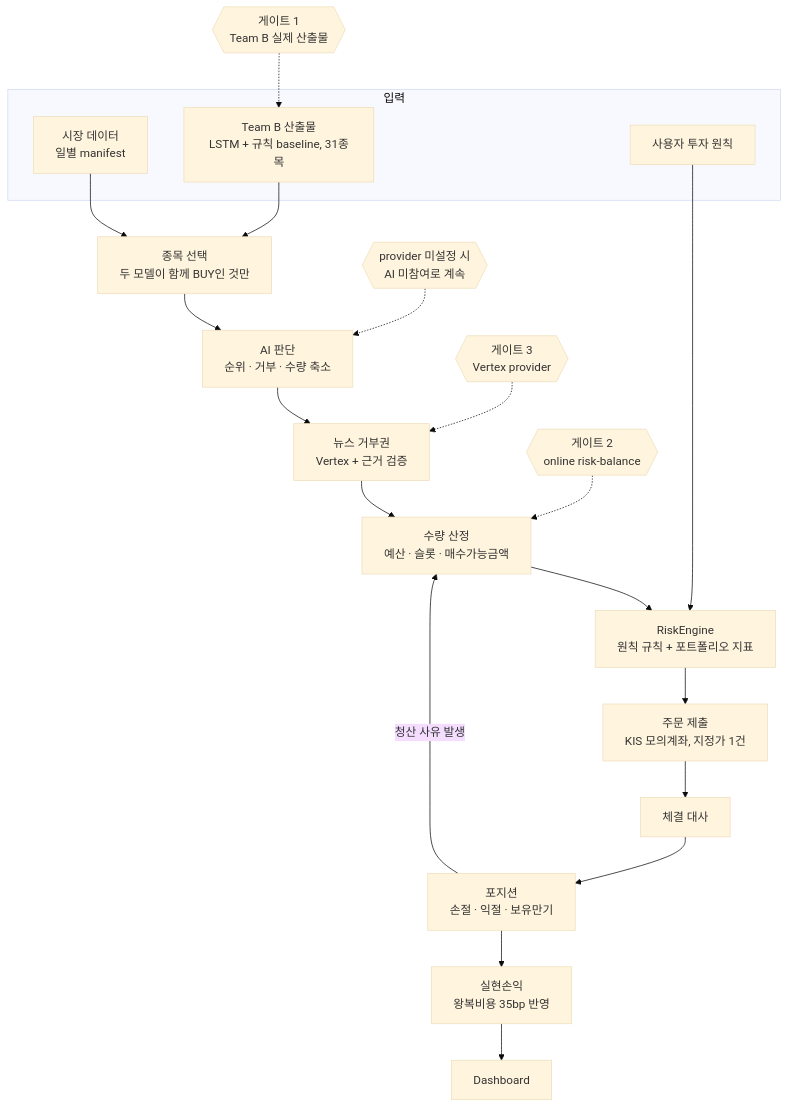
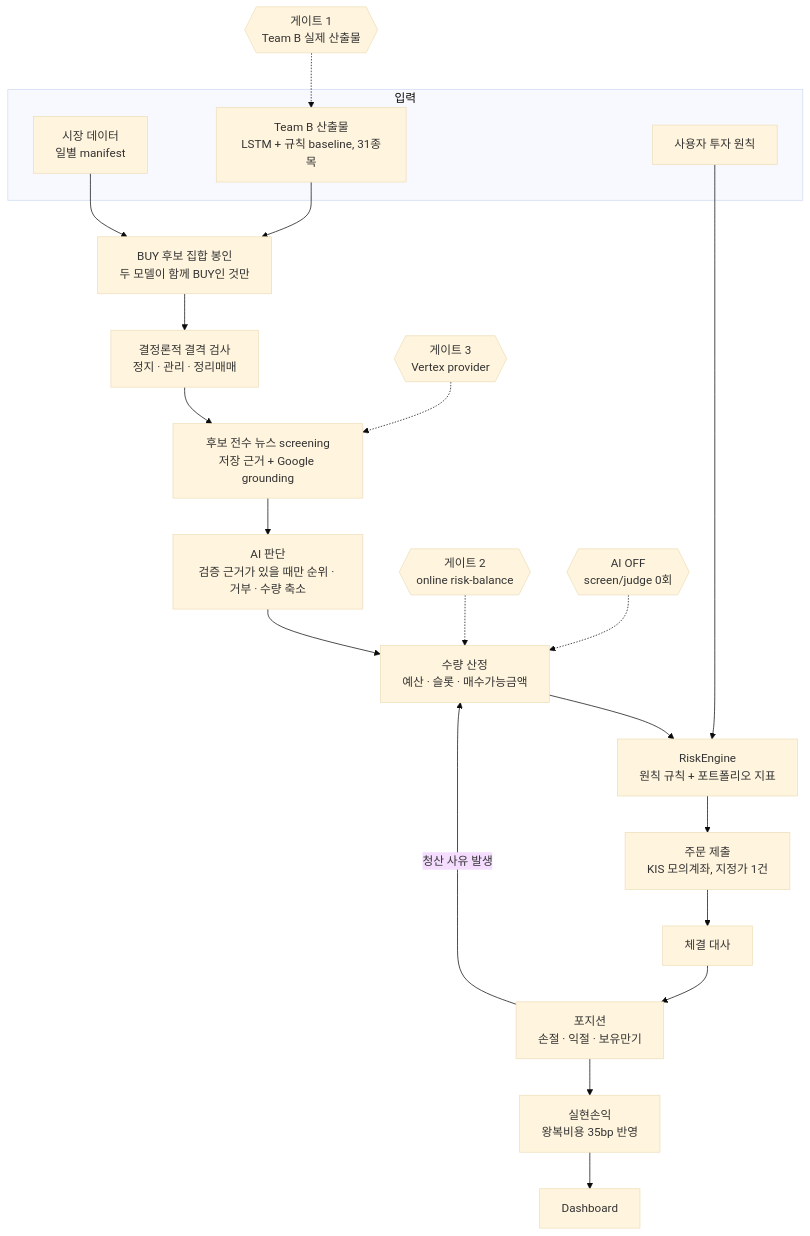
The diagram in README.md (robinhood0107/Capstone-AI-Trading-Coach), drawn with Mermaid (base theme) before and after one commit. The commit also changed other lines of this file and 80 other files, not shown here.

````diff
--- a/README.md
+++ b/README.md
@@ -22,30 +19,31 @@
 ```mermaid
 flowchart TB
   subgraph IN["입력"]
     MD["시장 데이터<br/>일별 manifest"]
     TB["Team B 산출물<br/>LSTM + 규칙 baseline, 31종목"]
     PR["사용자 투자 원칙"]
   end
 
-  SEL["종목 선택<br/>두 모델이 함께 BUY인 것만"]
-  AIJ["AI 판단<br/>순위 · 거부 · 수량 축소"]
-  NEWS["뉴스 거부권<br/>Vertex + 근거 검증"]
+  SEL["BUY 후보 집합 봉인<br/>두 모델이 함께 BUY인 것만"]
+  ELIG["결정론적 결격 검사<br/>정지 · 관리 · 정리매매"]
+  NEWS["후보 전수 뉴스 screening<br/>저장 근거 + Google grounding"]
+  AIJ["AI 판단<br/>검증 근거가 있을 때만 순위 · 거부 · 수량 축소"]
   SIZE["수량 산정<br/>예산 · 슬롯 · 매수가능금액"]
   RISK["RiskEngine<br/>원칙 규칙 + 포트폴리오 지표"]
   SUB["주문 제출<br/>KIS 모의계좌, 지정가 1건"]
   REC["체결 대사"]
   POS["포지션<br/>손절 · 익절 · 보유만기"]
   PNL["실현손익<br/>왕복비용 35bp 반영"]
 
   MD --> SEL
   TB --> SEL
-  SEL --> AIJ --> NEWS --> SIZE --> RISK --> SUB --> REC --> POS --> PNL
+  SEL --> ELIG --> NEWS --> AIJ --> SIZE --> RISK --> SUB --> REC --> POS --> PNL
   PR --> RISK
   POS -- "청산 사유 발생" --> SIZE
   PNL --> DASH["Dashboard"]
 
   G1{{"게이트 1<br/>Team B 실제 산출물"}} -.-> TB
   G2{{"게이트 2<br/>online risk-balance"}} -.-> SIZE
   G3{{"게이트 3<br/>Vertex provider"}} -.-> NEWS
-  G4{{"provider 미설정 시<br/>AI 미참여로 계속"}} -.-> AIJ
+  G4{{"AI OFF<br/>screen/judge 0회"}} -.-> SIZE
 ```
````
